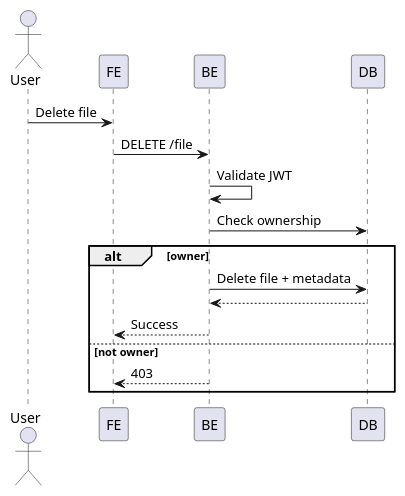
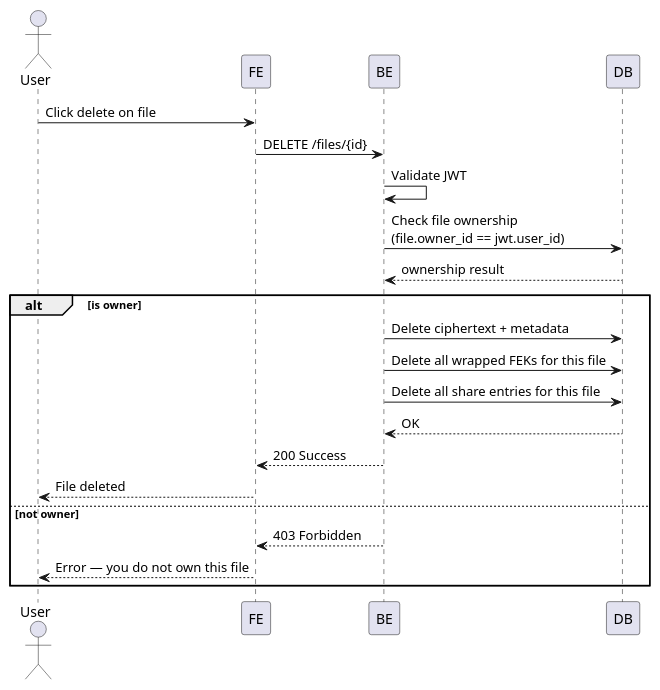
One commit to codedsami/SOEN-321-Project changed the diagram in docs/plantuml/us-3-file-delete.puml. Above: the diagram before and after it, drawn with PlantUML. The commit also changed 9 other files, not shown here.

```diff
--- a/docs/plantuml/us-3-file-delete.puml
+++ b/docs/plantuml/us-3-file-delete.puml
@@ -1,21 +1,25 @@
 @startuml
 actor User
 participant FE
 participant BE
 participant DB
 
-User -> FE : Delete file
-FE -> BE : DELETE /file
+User -> FE : Click delete on file
 
+FE -> BE : DELETE /files/{id}
 BE -> BE : Validate JWT
-BE -> DB : Check ownership
+BE -> DB : Check file ownership\n(file.owner_id == jwt.user_id)
+DB --> BE : ownership result
 
-alt owner
-    BE -> DB : Delete file + metadata
-    DB --> BE
-    BE --> FE : Success
+alt is owner
+    BE -> DB : Delete ciphertext + metadata
+    BE -> DB : Delete all wrapped FEKs for this file
+    BE -> DB : Delete all share entries for this file
+    DB --> BE : OK
+    BE --> FE : 200 Success
+    FE --> User : File deleted
 else not owner
-    BE --> FE : 403
+    BE --> FE : 403 Forbidden
+    FE --> User : Error — you do not own this file
 end
-
 @enduml
```
